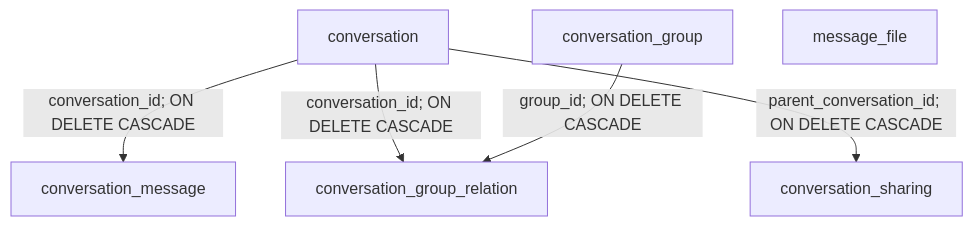
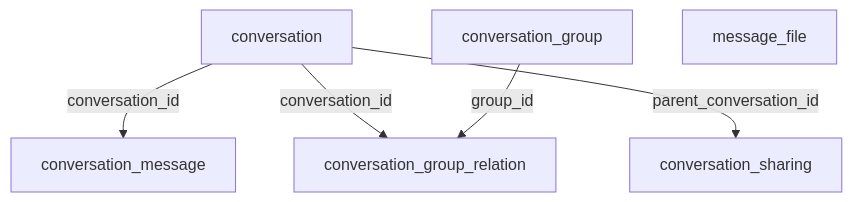
Before and after one commit to Inspiration-Frontline/conversation-manager: the second of 2 diagrams in docs/conversation-execution-persistence-relationships.md, drawn with Mermaid. The commit also changed other lines of this file and 10 other files, not shown here.

````diff
--- a/docs/conversation-execution-persistence-relationships.md
+++ b/docs/conversation-execution-persistence-relationships.md
@@ -124,14 +138,14 @@
 ```mermaid
 flowchart TD
     CONVERSATION["conversation"]
     MESSAGE["conversation_message"]
     GROUP["conversation_group"]
     GROUP_RELATION["conversation_group_relation"]
     SHARING["conversation_sharing"]
     FILE["message_file"]
 
-    CONVERSATION -->|"conversation_id; ON DELETE CASCADE"| MESSAGE
-    CONVERSATION -->|"conversation_id; ON DELETE CASCADE"| GROUP_RELATION
-    GROUP -->|"group_id; ON DELETE CASCADE"| GROUP_RELATION
-    CONVERSATION -->|"parent_conversation_id; ON DELETE CASCADE"| SHARING
+    CONVERSATION -->|"conversation_id"| MESSAGE
+    CONVERSATION -->|"conversation_id"| GROUP_RELATION
+    GROUP -->|"group_id"| GROUP_RELATION
+    CONVERSATION -->|"parent_conversation_id"| SHARING
 ```
````
